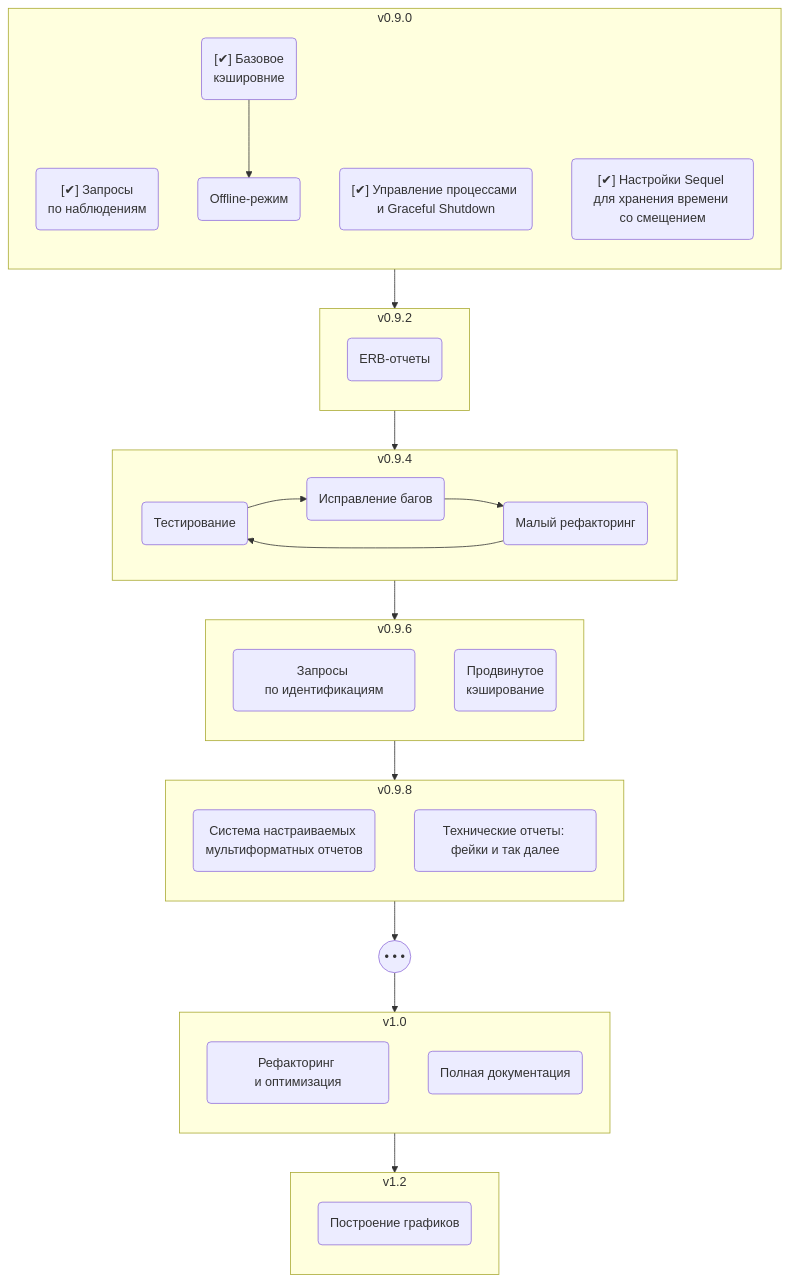
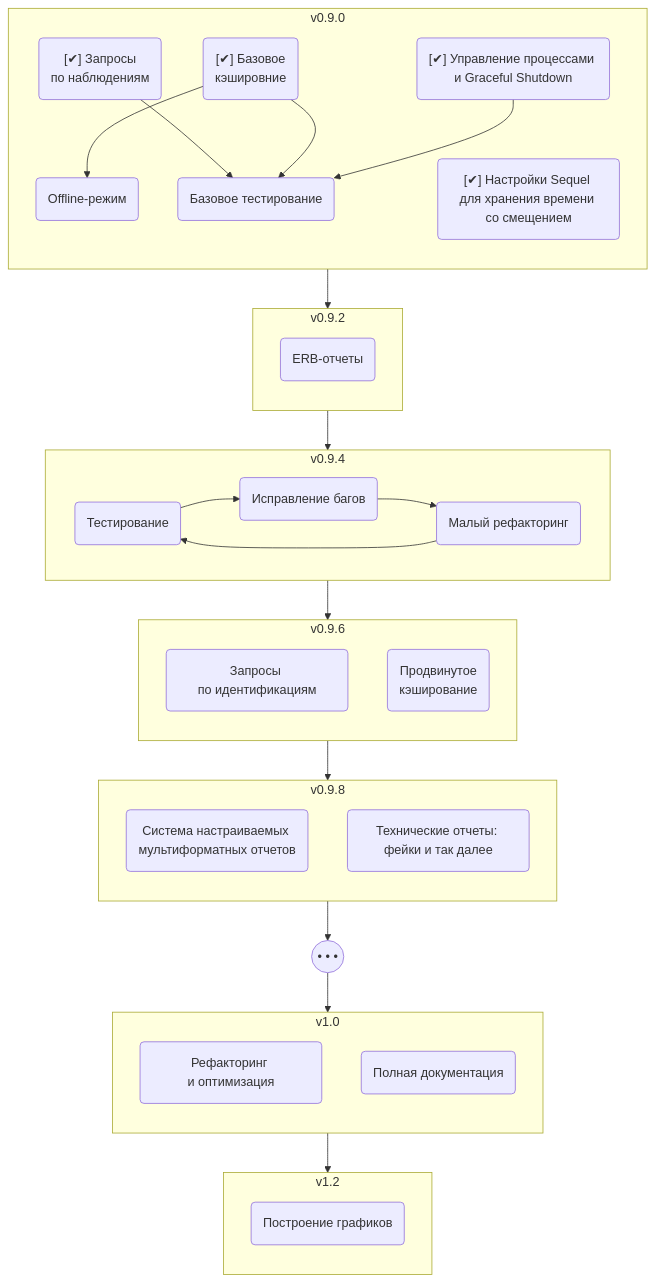
One commit to inat-get/inat-get changed the diagram in share/inat-get/dev-docs/roadmap.md. Above: the diagram before and after it, drawn with Mermaid.

Commit message:
minor in roadmap

````diff
--- a/share/inat-get/dev-docs/roadmap.md
+++ b/share/inat-get/dev-docs/roadmap.md
@@ -2,63 +2,67 @@
 ```mermaid
 flowchart TB
 
   subgraph R090 ["v0.9.0"]
     direction TB
     Observs("[✔] Запросы<br>по наблюдениям")
     Caching("[✔] Базовое<br>кэшировние")
     Shutdown("[✔] Управление процессами и Graceful Shutdown")
     Timing("[✔] Настройки Sequel для хранения времени со смещением")
     Offline("Offline-режим")
+    BaseTesting("Базовое тестирование")
   end
 
   subgraph R092 ["v0.9.2"]
     direction TB
     ERB("ERB-отчеты")
   end
 
   subgraph R094 ["v0.9.4"]
     direction LR
     Testing("Тестирование")
     Debugging("Исправление багов")
     Ref1("Малый рефакторинг")
   end
 
   subgraph R096 ["v0.9.6"]
     direction TB
     Idents("Запросы по идентификациям")
     AdvCaching("Продвинутое<br>кэширование")
   end
 
   subgraph R098 ["v0.9.8"]
     direction TB
     Reporting("Система настраиваемых мультиформатных отчетов")
     TechReps("Технические отчеты: фейки и так далее")
   end
 
   Smth(("• • •"))
 
   subgraph R100 ["v1.0"]
     direction TB
     Refactoring("Рефакторинг и оптимизация")
     Documenting("Полная документация")
   end
 
   subgraph R120 ["v1.2"]
     direction TB
     Graphics("Построение графиков")
   end
 
   R090 --> R092
   R092 --> R094
   R094 --> R096
   R096 --> R098
   R098 --> Smth
   Smth --> R100
   R100 --> R120
 
   Caching --> Offline
+  Observs --> BaseTesting
+  Caching --> BaseTesting
+  Shutdown --> BaseTesting
 
   Testing --> Debugging
   Debugging --> Ref1
   Ref1 --> Testing
 ```
````
